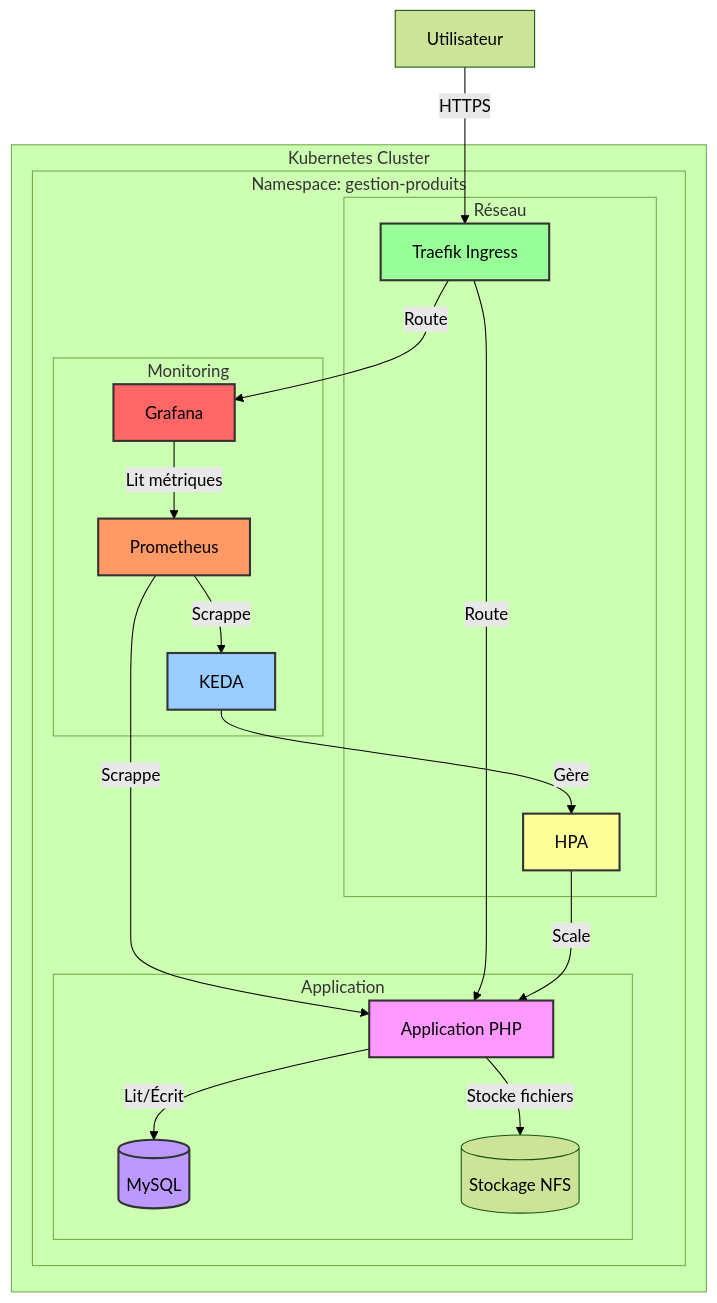
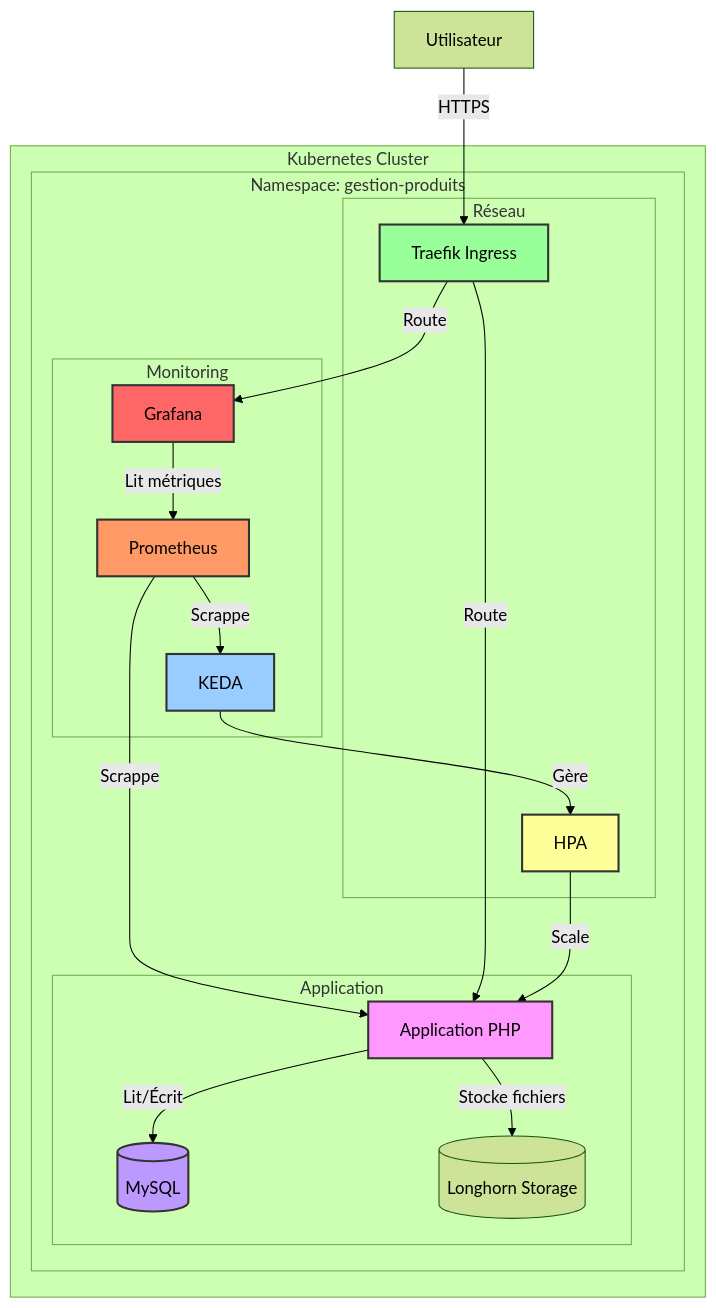
One commit to Germain-L/gestion-produits changed the diagram in README.md. Above: the diagram before and after it, drawn with Mermaid (forest theme). The commit also changed 1 other file, not shown here.

Commit message:
docs: update storage backend from NFS to Longhorn in architecture diagrams

````diff
--- a/README.md
+++ b/README.md
@@ -60,34 +60,34 @@
 ```mermaid
 graph TD
     subgraph Kubernetes Cluster
         subgraph gestion-produits [Namespace: gestion-produits]
             subgraph app [Application]
                 A[Application PHP] -->|Lit/Écrit| B[(MySQL)]
-                A -->|Stocke fichiers| PV1[(Stockage NFS)]
+                A -->|Stocke fichiers| PV1[(Longhorn Storage)]
             end
             
             subgraph monitoring [Monitoring]
                 G[Grafana] -->|Lit métriques| P[Prometheus]
                 P -->|Scrappe| A
                 P -->|Scrappe| K[KEDA]
             end
             
             subgraph networking [Réseau]
                 T[Traefik Ingress] -->|Route| A
                 T -->|Route| G
                 K -->|Gère| HPA[HPA]
                 HPA -->|Scale| A
             end
         end
     end
     
     User[Utilisateur] -->|HTTPS| T
     
     style A fill:#f9f,stroke:#333,stroke-width:2px
     style B fill:#b9f,stroke:#333,stroke-width:2px
     style G fill:#f66,stroke:#333,stroke-width:2px
     style P fill:#f96,stroke:#333,stroke-width:2px
     style K fill:#9cf,stroke:#333,stroke-width:2px
     style T fill:#9f9,stroke:#333,stroke-width:2px
     style HPA fill:#ff9,stroke:#333,stroke-width:2px
 ```
````
